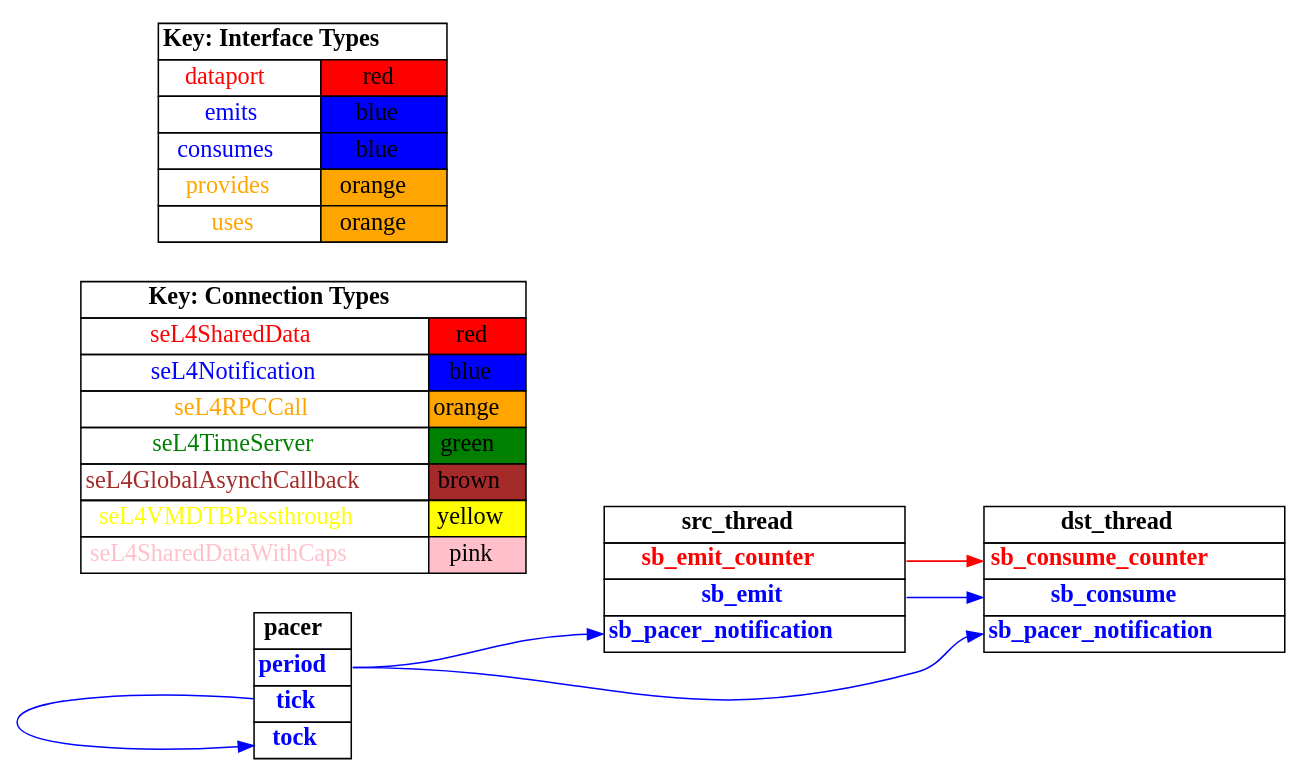
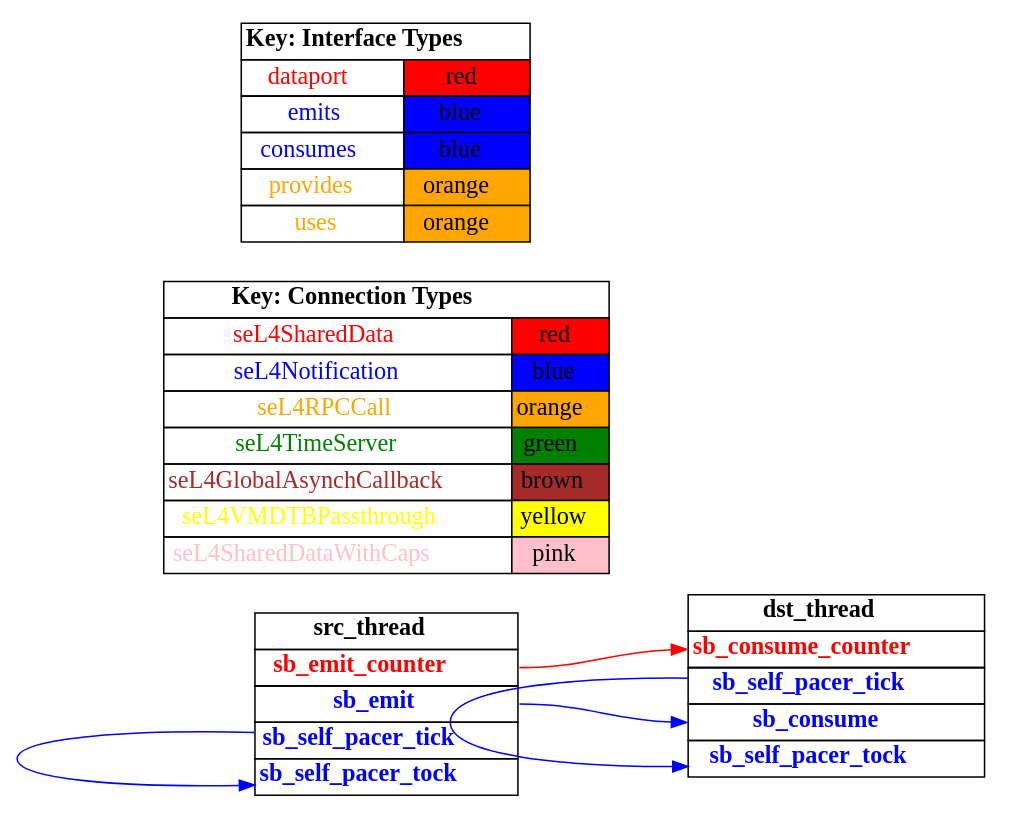
Before and after one commit to loonwerks/CASE: the diagram in TA5/tool-evaluation-4/HAMR/examples/test_event_port_periodic_domains/CAmkES_seL4/src/c/CAmkES_seL4/graph_simple.dot, drawn with Graphviz. The commit also changed 115 other files, not shown here.

```diff
--- a/TA5/tool-evaluation-4/HAMR/examples/test_event_port_periodic_domains/CAmkES_seL4/src/c/CAmkES_seL4/graph_simple.dot
+++ b/TA5/tool-evaluation-4/HAMR/examples/test_event_port_periodic_domains/CAmkES_seL4/src/c/CAmkES_seL4/graph_simple.dot
@@ -1,109 +1,93 @@
 digraph g {
 graph [
   overlap = false,
   rankdir = "LR"
 ];
 node [
   fontsize = "16",
   shape = "ellipse"
 ];
 edge [
 ];
 
 src_thread [
   label=<
     <TABLE BORDER="0" CELLBORDER="1" CELLSPACING="0">
       <TR><TD><B>src_thread</B></TD></TR>
       <TR><TD PORT="sb_emit_counter"><FONT COLOR="red"><B>sb_emit_counter</B></FONT></TD></TR>
       <TR><TD PORT="sb_emit"><FONT COLOR="blue"><B>sb_emit</B></FONT></TD></TR>
-      <TR><TD PORT="sb_pacer_notification"><FONT COLOR="blue"><B>sb_pacer_notification</B></FONT></TD></TR>"
+      <TR><TD PORT="sb_self_pacer_tick"><FONT COLOR="blue"><B>sb_self_pacer_tick</B></FONT></TD></TR>
+      <TR><TD PORT="sb_self_pacer_tock"><FONT COLOR="blue"><B>sb_self_pacer_tock</B></FONT></TD></TR>"
     </TABLE>
   >
   shape=plaintext
 ];
 
 dst_thread [
   label=<
     <TABLE BORDER="0" CELLBORDER="1" CELLSPACING="0">
       <TR><TD><B>dst_thread</B></TD></TR>
       <TR><TD PORT="sb_consume_counter"><FONT COLOR="red"><B>sb_consume_counter</B></FONT></TD></TR>
+      <TR><TD PORT="sb_self_pacer_tick"><FONT COLOR="blue"><B>sb_self_pacer_tick</B></FONT></TD></TR>
       <TR><TD PORT="sb_consume"><FONT COLOR="blue"><B>sb_consume</B></FONT></TD></TR>
-      <TR><TD PORT="sb_pacer_notification"><FONT COLOR="blue"><B>sb_pacer_notification</B></FONT></TD></TR>"
-    </TABLE>
-  >
-  shape=plaintext
-];
-
-pacer [
-  label=<
-    <TABLE BORDER="0" CELLBORDER="1" CELLSPACING="0">
-      <TR><TD><B>pacer</B></TD></TR>
-      <TR><TD PORT="period"><FONT COLOR="blue"><B>period</B></FONT></TD></TR>
-      <TR><TD PORT="tick"><FONT COLOR="blue"><B>tick</B></FONT></TD></TR>
-      <TR><TD PORT="tock"><FONT COLOR="blue"><B>tock</B></FONT></TD></TR>"
+      <TR><TD PORT="sb_self_pacer_tock"><FONT COLOR="blue"><B>sb_self_pacer_tock</B></FONT></TD></TR>"
     </TABLE>
   >
   shape=plaintext
 ];
 
 connectiontypekey [
   label=<
    <TABLE BORDER="0" CELLBORDER="1" CELLSPACING="0">
      <TR><TD COLSPAN="2"><B>Key: Connection Types</B></TD></TR>
      <TR><TD><FONT COLOR="red">seL4SharedData</FONT></TD><TD BGCOLOR="red">red</TD></TR>
      <TR><TD><FONT COLOR="blue">seL4Notification</FONT></TD><TD BGCOLOR="blue">blue</TD></TR>
      <TR><TD><FONT COLOR="orange">seL4RPCCall</FONT></TD><TD BGCOLOR="orange">orange</TD></TR>
      <TR><TD><FONT COLOR="green">seL4TimeServer</FONT></TD><TD BGCOLOR="green">green</TD></TR>
      <TR><TD><FONT COLOR="brown">seL4GlobalAsynchCallback</FONT></TD><TD BGCOLOR="brown">brown</TD></TR>
      <TR><TD><FONT COLOR="yellow">seL4VMDTBPassthrough</FONT></TD><TD BGCOLOR="yellow">yellow</TD></TR>
      <TR><TD><FONT COLOR="pink">seL4SharedDataWithCaps</FONT></TD><TD BGCOLOR="pink">pink</TD></TR>
    </TABLE>
   >
   shape=plaintext
 ];
 
 interfacetypekey [
   label=<
    <TABLE BORDER="0" CELLBORDER="1" CELLSPACING="0">
      <TR><TD COLSPAN="2"><B>Key: Interface Types</B></TD></TR>
      <TR><TD><FONT COLOR="red">dataport</FONT></TD><TD BGCOLOR="red">red</TD></TR>
      <TR><TD><FONT COLOR="blue">emits</FONT></TD><TD BGCOLOR="blue">blue</TD></TR>
      <TR><TD><FONT COLOR="blue">consumes</FONT></TD><TD BGCOLOR="blue">blue</TD></TR>
      <TR><TD><FONT COLOR="orange">provides</FONT></TD><TD BGCOLOR="orange">orange</TD></TR>
      <TR><TD><FONT COLOR="orange">uses</FONT></TD><TD BGCOLOR="orange">orange</TD></TR>
    </TABLE>
   >
   shape=plaintext
 ];
 
 "src_thread":sb_emit -> "dst_thread":sb_consume [
   color="blue"
   //label = "seL4Notification"
   id = conn1
 ];
 
 "src_thread":sb_emit_counter -> "dst_thread":sb_consume_counter [
   color="red"
   //label = "seL4SharedData"
   id = conn2
 ];
 
-"pacer":tick -> "pacer":tock [
+"src_thread":sb_self_pacer_tick -> "src_thread":sb_self_pacer_tock [
   color="blue"
   //label = "seL4Notification"
   id = conn3
 ];
 
-"pacer":period -> "src_thread":sb_pacer_notification [
+"dst_thread":sb_self_pacer_tick -> "dst_thread":sb_self_pacer_tock [
   color="blue"
   //label = "seL4Notification"
   id = conn4
 ];
 
-"pacer":period -> "dst_thread":sb_pacer_notification [
-  color="blue"
-  //label = "seL4Notification"
-  id = conn5
-];
-
 }
```
